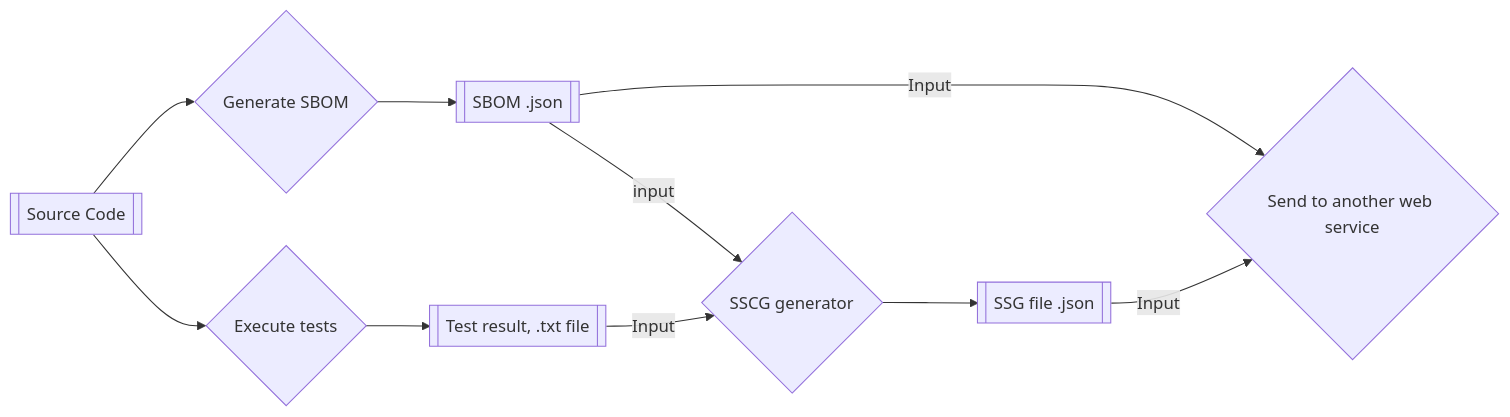
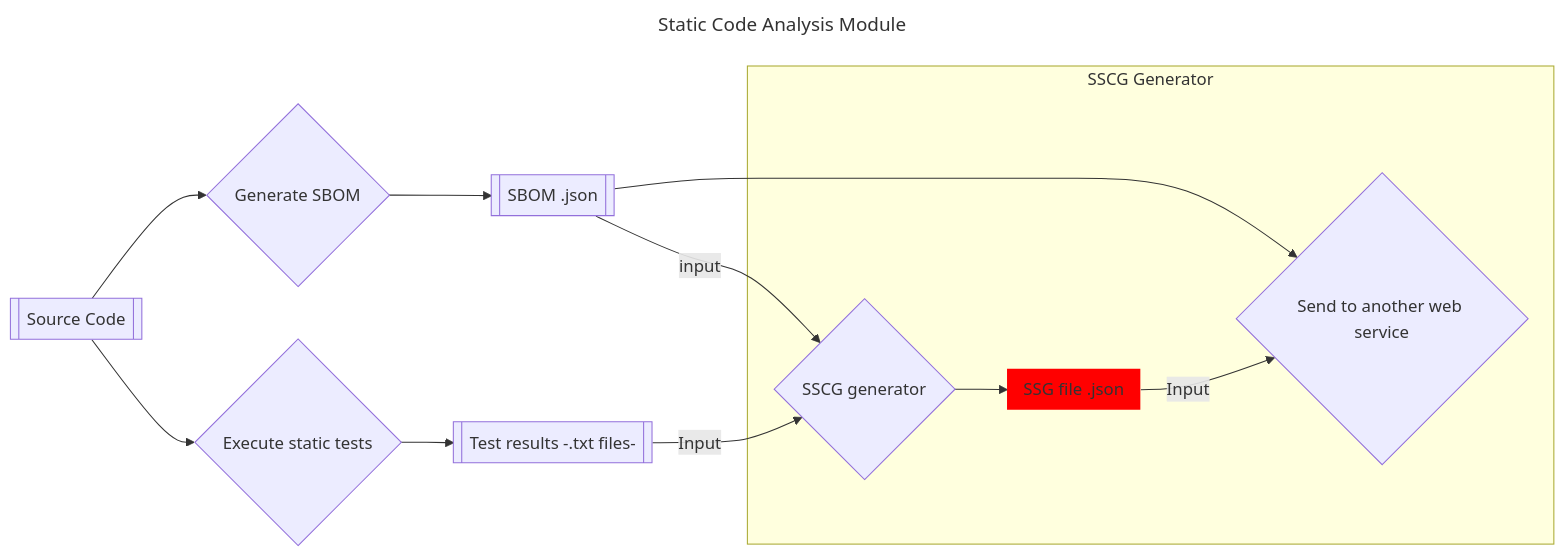
The diagram in README.md (stritzinger/sscg_generator), drawn with Mermaid before and after one commit. The commit also changed other lines of this file and 12 other files, not shown here.

````diff
--- a/README.md
+++ b/README.md
@@ -13,12 +22,19 @@
 ```mermaid
+---
+title: Static Code Analysis Module
+---
 flowchart LR
     Z[[Source Code]] --> Y{Generate SBOM}
     Y --> C
     Z[[Source Code]] --> A
-    A{Execute tests} --> B[[ Test result, .txt file]] 
+    A{Execute static tests} --> B[[ Test results -.txt files-]] 
     C[[SBOM .json]] -->|input| D
     B -->|Input| D{SSCG generator}
-    D --> E[[SSG file .json]]
-    C -->|Input| F
-    E -->|Input| F{Send to another web service}
+    C --> F
+    
+    subgraph "SSCG Generator"
+        style E fill:red,stroke-width:0px
+        D --> E[[SSG file .json]]
+        E -->|Input| F{Send to another web service}
+    end
 ```
````
